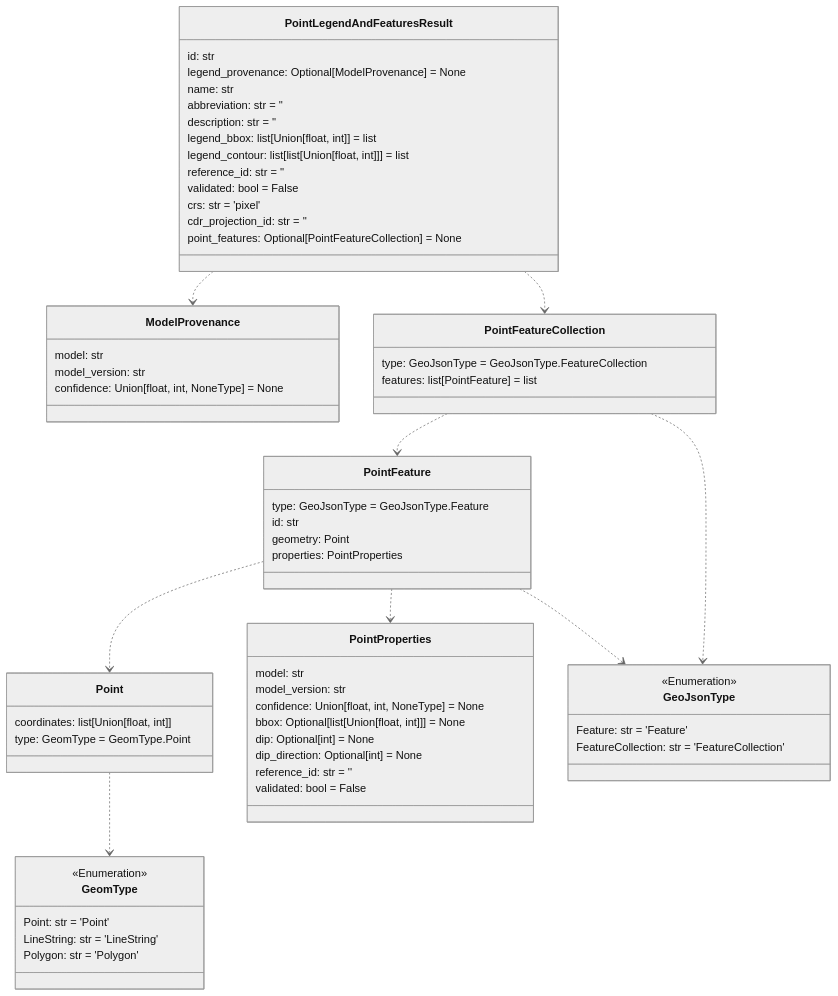
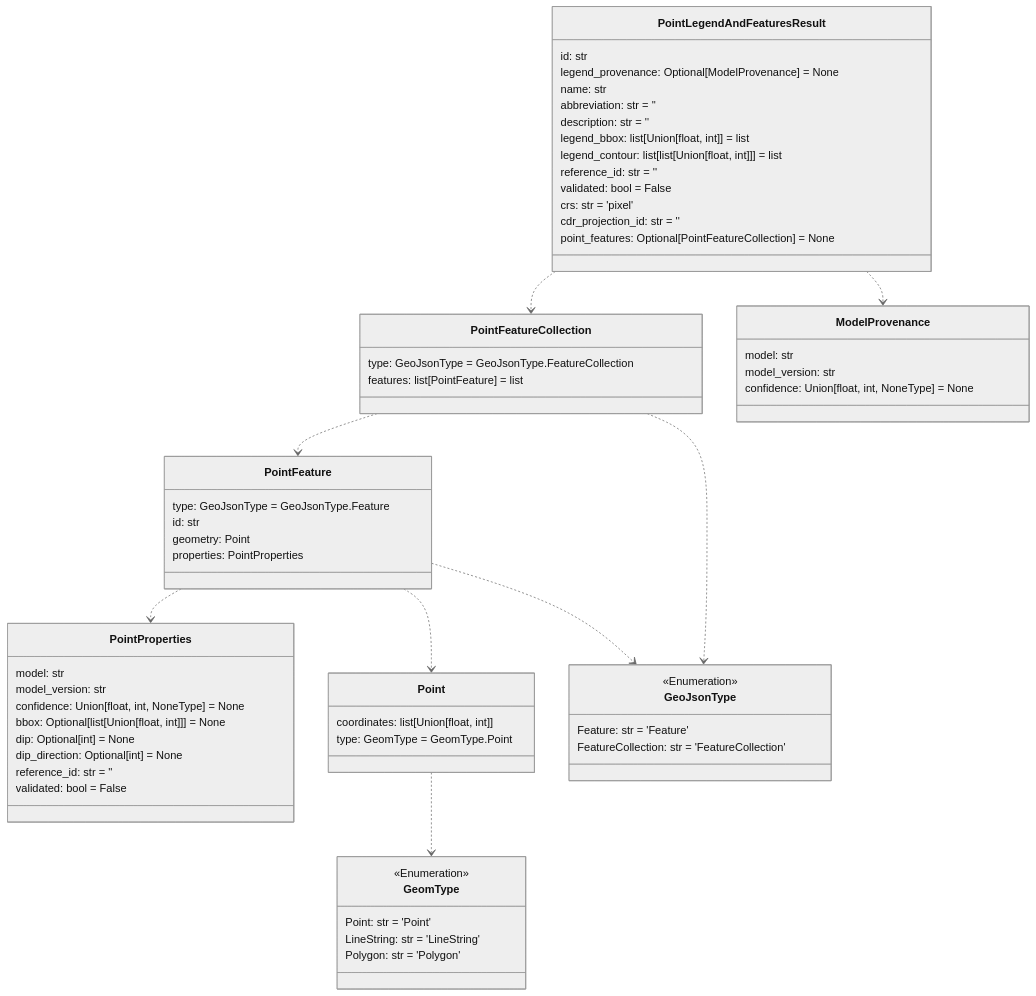
One commit to DARPA-CRITICALMAAS/cdr_schemas changed the fifth of 14 diagrams in README.md. Above: the diagram before and after it, drawn with Mermaid (neutral theme). The commit also changed other lines of this file and 1 other file, not shown here.

Commit message:
confidence score

````diff
--- a/README.md
+++ b/README.md
@@ -368,76 +368,76 @@
 ```mermaid
 classDiagram
+
+    class PointLegendAndFeaturesResult {
+        id: str
+        legend_provenance: Optional[ModelProvenance] = None
+        name: str
+        abbreviation: str = ''
+        description: str = ''
+        legend_bbox: list[Union[float, int]] = list
+        legend_contour: list[list[Union[float, int]]] = list
+        reference_id: str = ''
+        validated: bool = False
+        crs: str = 'pixel'
+        cdr_projection_id: str = ''
+        point_features: Optional[PointFeatureCollection] = None
+    }
+
+    class PointProperties {
+        model: str
+        model_version: str
+        confidence: Union[float, int, NoneType] = None
+        bbox: Optional[list[Union[float, int]]] = None
+        dip: Optional[int] = None
+        dip_direction: Optional[int] = None
+        reference_id: str = ''
+        validated: bool = False
+    }
+
+    class PointFeatureCollection {
+        type: GeoJsonType = GeoJsonType.FeatureCollection
+        features: list[PointFeature] = list
+    }
 
     class GeomType {
         <<Enumeration>>
         Point: str = 'Point'
         LineString: str = 'LineString'
         Polygon: str = 'Polygon'
     }
 
     class ModelProvenance {
         model: str
         model_version: str
         confidence: Union[float, int, NoneType] = None
     }
 
     class Point {
         coordinates: list[Union[float, int]]
         type: GeomType = GeomType.Point
     }
 
-    class PointFeatureCollection {
-        type: GeoJsonType = GeoJsonType.FeatureCollection
-        features: list[PointFeature] = list
-    }
-
-    class PointProperties {
-        model: str
-        model_version: str
-        confidence: Union[float, int, NoneType] = None
-        bbox: Optional[list[Union[float, int]]] = None
-        dip: Optional[int] = None
-        dip_direction: Optional[int] = None
-        reference_id: str = ''
-        validated: bool = False
-    }
-
-    class PointLegendAndFeaturesResult {
-        id: str
-        legend_provenance: Optional[ModelProvenance] = None
-        name: str
-        abbreviation: str = ''
-        description: str = ''
-        legend_bbox: list[Union[float, int]] = list
-        legend_contour: list[list[Union[float, int]]] = list
-        reference_id: str = ''
-        validated: bool = False
-        crs: str = 'pixel'
-        cdr_projection_id: str = ''
-        point_features: Optional[PointFeatureCollection] = None
-    }
-
     class GeoJsonType {
         <<Enumeration>>
         Feature: str = 'Feature'
         FeatureCollection: str = 'FeatureCollection'
     }
 
     class PointFeature {
         type: GeoJsonType = GeoJsonType.Feature
         id: str
         geometry: Point
         properties: PointProperties
     }
 
     Point ..> GeomType
+    PointFeature ..> Point
     PointFeature ..> PointProperties
     PointFeature ..> GeoJsonType
-    PointFeature ..> Point
     PointFeatureCollection ..> GeoJsonType
     PointFeatureCollection ..> PointFeature
+    PointLegendAndFeaturesResult ..> ModelProvenance
     PointLegendAndFeaturesResult ..> PointFeatureCollection
-    PointLegendAndFeaturesResult ..> ModelProvenance
 
 
 ```
````
